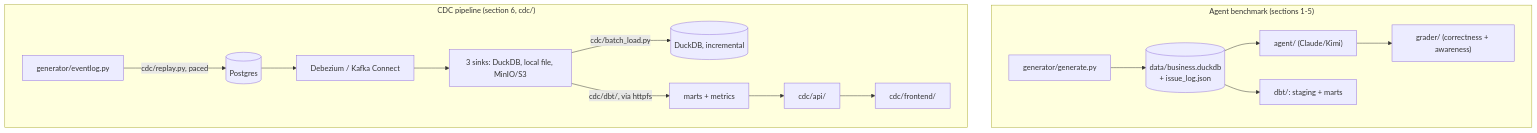
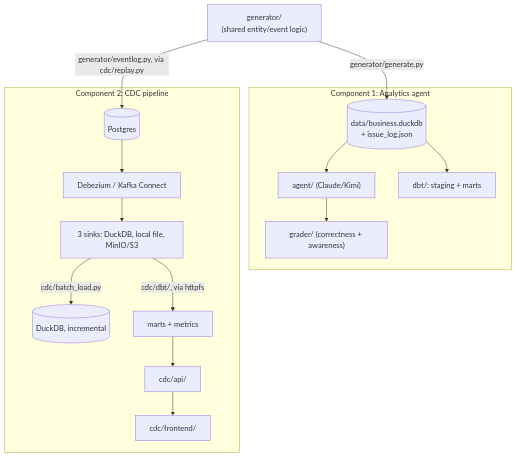
Before and after one commit to yuyangtj/analytics-agent-playground: the diagram in README.md, drawn with Mermaid. The commit also changed other lines of this file and 1 other file, not shown here.

First line of the commit message:
Reframe as one project testing multiple data platform components

````diff
--- a/README.md
+++ b/README.md
@@ -18,18 +19,23 @@
 ```mermaid
 flowchart TB
-    subgraph benchmark["Agent benchmark (sections 1-5)"]
-        GEN["generator/generate.py"] --> DUCK[("data/business.duckdb<br/>+ issue_log.json")]
+    GEN["generator/<br/>(shared entity/event logic)"]
+
+    subgraph c1["Component 1: Analytics agent"]
+        DUCK[("data/business.duckdb<br/>+ issue_log.json")]
         DUCK --> AGENT["agent/ (Claude/Kimi)"]
         DUCK --> DBT["dbt/: staging + marts"]
         AGENT --> GRADER["grader/ (correctness + awareness)"]
     end
 
-    subgraph cdc["CDC pipeline (section 6, cdc/)"]
-        EL["generator/eventlog.py"] -->|"cdc/replay.py, paced"| PG[("Postgres")]
+    subgraph c2["Component 2: CDC pipeline"]
+        PG[("Postgres")]
         PG --> DBZ["Debezium / Kafka Connect"]
         DBZ --> SINKS["3 sinks: DuckDB, local file, MinIO/S3"]
         SINKS -->|"cdc/batch_load.py"| BATCH[("DuckDB, incremental")]
         SINKS -->|"cdc/dbt/, via httpfs"| CDCDBT["marts + metrics"]
         CDCDBT --> API["cdc/api/"] --> UI["cdc/frontend/"]
     end
+
+    GEN -->|"generator/generate.py"| DUCK
+    GEN -->|"generator/eventlog.py, via cdc/replay.py"| PG
 ```
````
